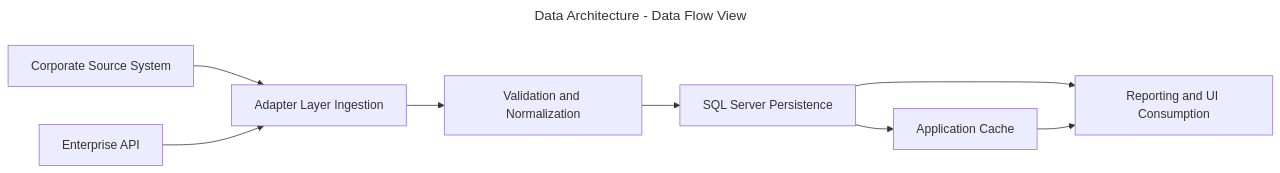
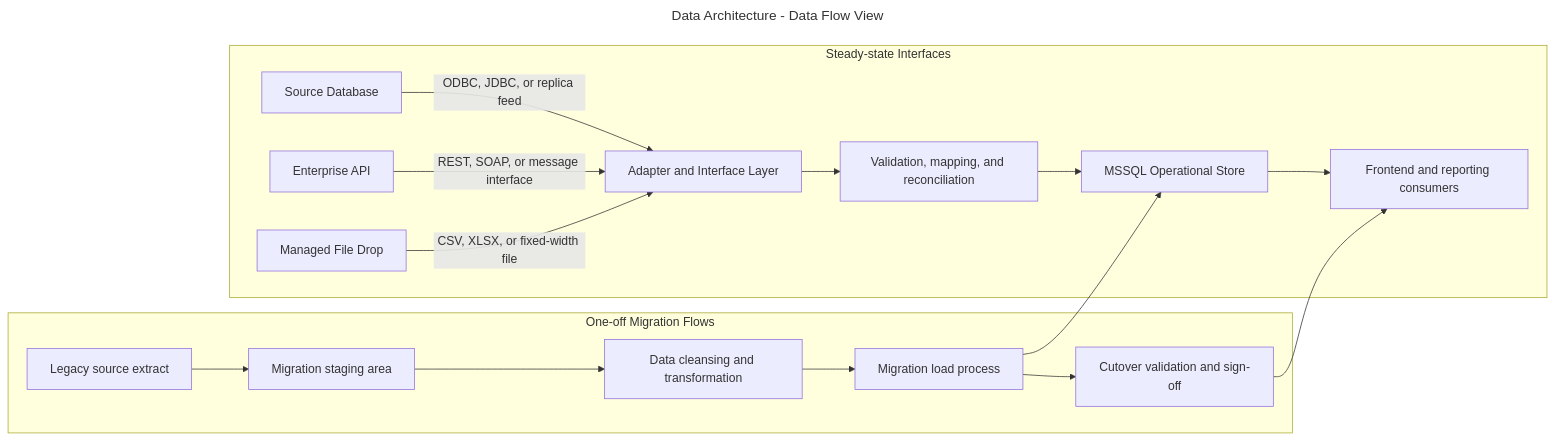
The ninth of 27 diagrams in docs/templates.md (LewisCM14/django_auth), drawn with Mermaid before and after one commit. The commit also changed other lines of this file, not shown here.

Commit message:
update template diagrams

````diff
--- a/docs/templates.md
+++ b/docs/templates.md
@@ -232,21 +349,31 @@
 ```mermaid
 ---
 title: Data Architecture - Data Flow View
 ---
 flowchart LR
-	Source1[Corporate Source System]
-	Source2[Enterprise API]
-	Ingest[Adapter Layer Ingestion]
-	Validate[Validation and Normalization]
-	Persist[SQL Server Persistence]
-	Cache[Application Cache]
-	Consume[Reporting and UI Consumption]
+	subgraph SteadyState[Steady-state Interfaces]
+		SrcDB[Source Database]
+		SrcAPI[Enterprise API]
+		SrcFile[Managed File Drop]
+		Adapters[Adapter and Interface Layer]
+		Validate[Validation, mapping, and reconciliation]
+		TargetDB[MSSQL Operational Store]
+		UI[Frontend and reporting consumers]
+	end
 
-	Source1 --> Ingest
-	Source2 --> Ingest
-	Ingest --> Validate
-	Validate --> Persist
-	Persist --> Cache
-	Persist --> Consume
-	Cache --> Consume
+	subgraph Migration[One-off Migration Flows]
+		Legacy[Legacy source extract]
+		Stage[Migration staging area]
+		Cleanse[Data cleansing and transformation]
+		Load[Migration load process]
+		Cutover[Cutover validation and sign-off]
+	end
+
+	SrcDB -->|ODBC, JDBC, or replica feed| Adapters
+	SrcAPI -->|REST, SOAP, or message interface| Adapters
+	SrcFile -->|CSV, XLSX, or fixed-width file| Adapters
+	Adapters --> Validate --> TargetDB --> UI
+	Legacy --> Stage --> Cleanse --> Load --> TargetDB
+	Load --> Cutover
+	Cutover --> UI
 ```
````
